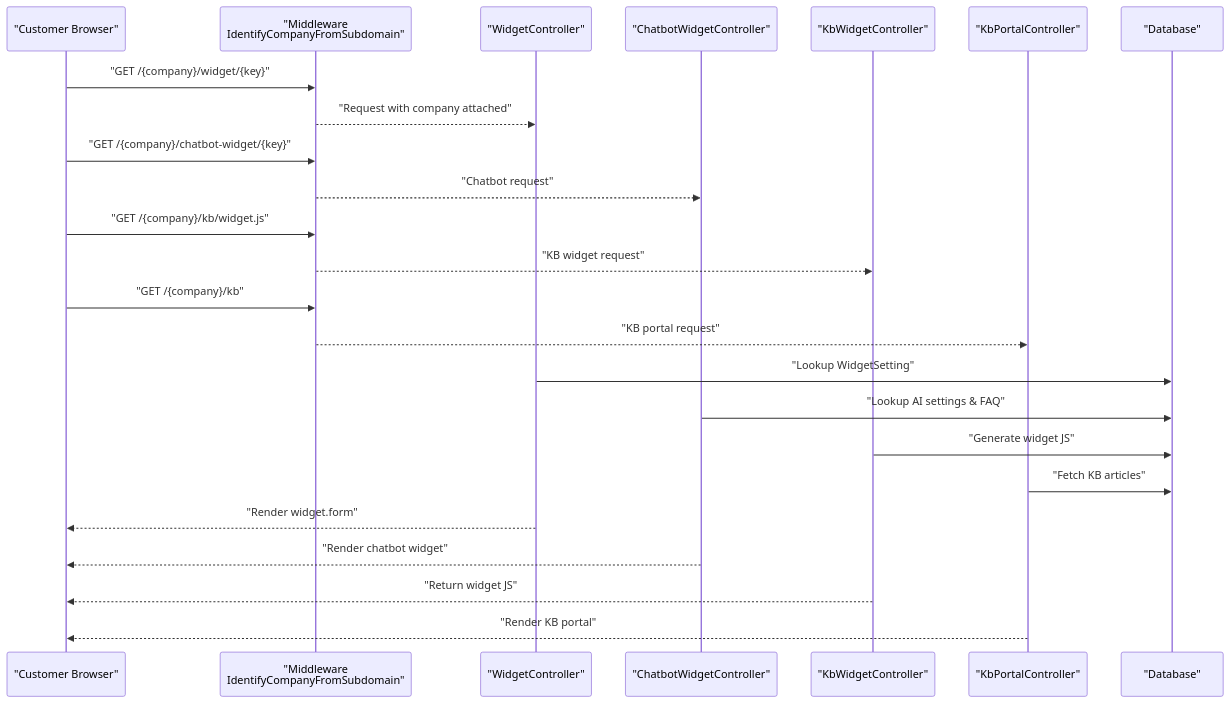
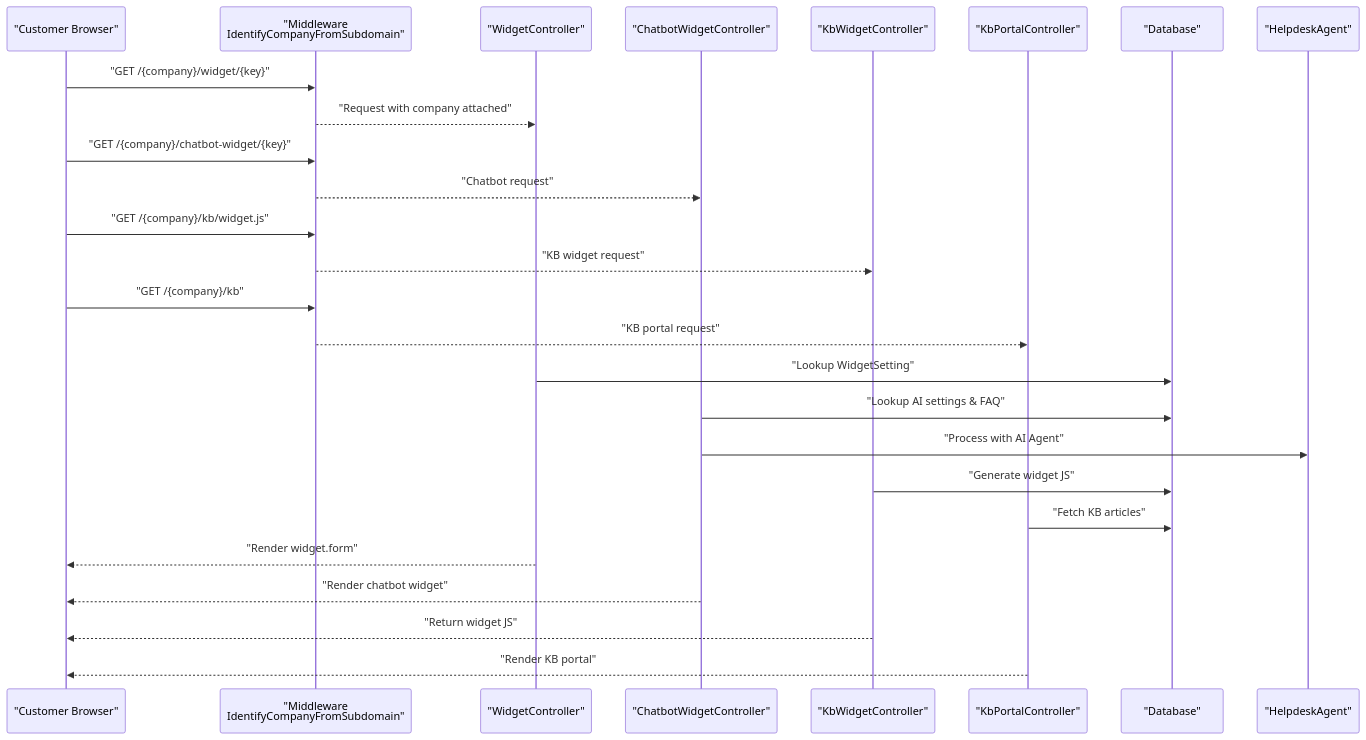
Before and after one commit to younesgamer68/helpdesk-system: the second of 9 diagrams in .qoder/repowiki/en/content/Widget System/Widget System.md, drawn with Mermaid. The commit also changed other lines of this file and 12 other files, not shown here.

````diff
--- a/.qoder/repowiki/en/content/Widget System/Widget System.md
+++ b/.qoder/repowiki/en/content/Widget System/Widget System.md
@@ -140,26 +148,28 @@
 ```mermaid
 sequenceDiagram
 participant C as "Customer Browser"
 participant MW as "Middleware<br/>IdentifyCompanyFromSubdomain"
 participant RC as "WidgetController"
 participant CBC as "ChatbotWidgetController"
 participant KBC as "KbWidgetController"
 participant KC as "KbPortalController"
 participant DB as "Database"
+participant AI as "HelpdeskAgent"
 C->>MW : "GET /{company}/widget/{key}"
 MW-->>RC : "Request with company attached"
 C->>MW : "GET /{company}/chatbot-widget/{key}"
 MW-->>CBC : "Chatbot request"
 C->>MW : "GET /{company}/kb/widget.js"
 MW-->>KBC : "KB widget request"
 C->>MW : "GET /{company}/kb"
 MW-->>KC : "KB portal request"
 RC->>DB : "Lookup WidgetSetting"
 CBC->>DB : "Lookup AI settings & FAQ"
+CBC->>AI : "Process with AI Agent"
 KBC->>DB : "Generate widget JS"
 KC->>DB : "Fetch KB articles"
 RC-->>C : "Render widget.form"
 CBC-->>C : "Render chatbot widget"
 KBC-->>C : "Return widget JS"
 KC-->>C : "Render KB portal"
 ```
````
